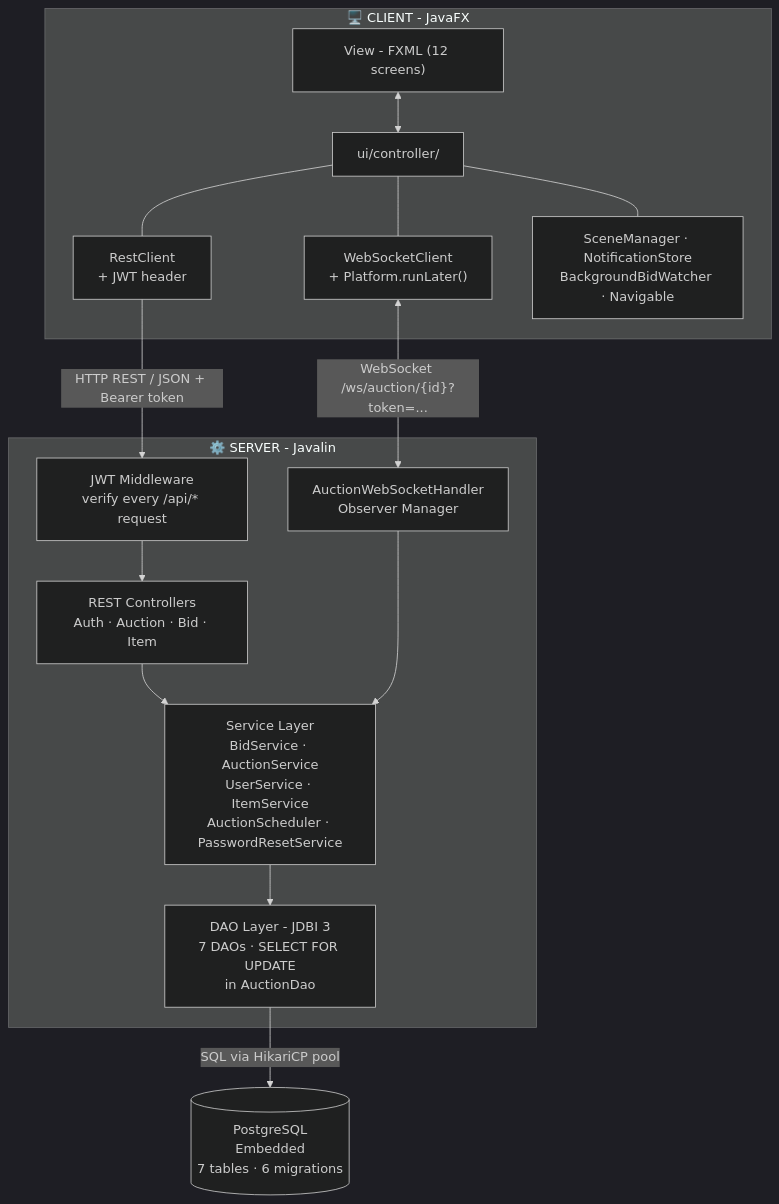
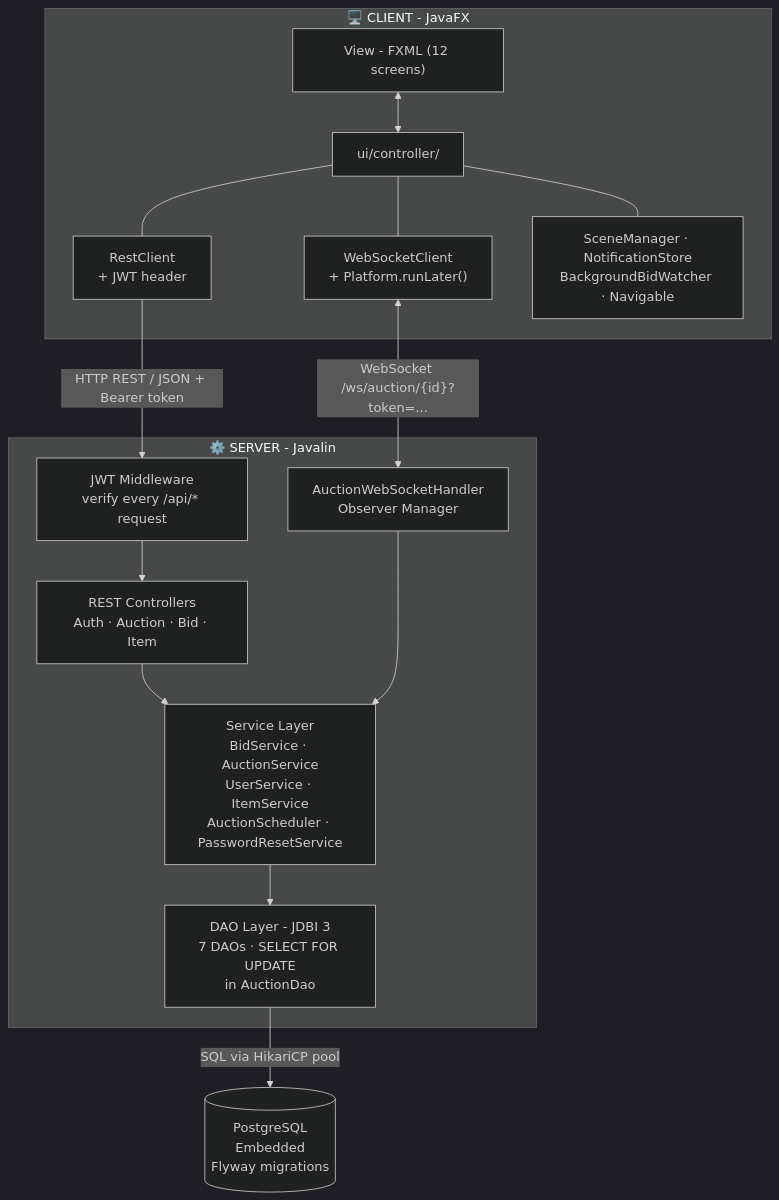
The fifth of 5 diagrams in README.md (kieran-labs/oop-course-project-uet), drawn with Mermaid (dark theme) before and after one commit. The commit also changed other lines of this file, not shown here.

````diff
--- a/README.md
+++ b/README.md
@@ -551,28 +551,28 @@
 ```mermaid
 graph TB
     subgraph CLIENT["🖥️  CLIENT - JavaFX"]
         FXML["View - FXML (12 screens)"]
         CTRL["ui/controller/"]
         RC["RestClient<br/>+ JWT header"]
         WSC["WebSocketClient<br/>+ Platform.runLater()"]
         UTIL["SceneManager · NotificationStore<br/>BackgroundBidWatcher · Navigable"]
         FXML <--> CTRL
         CTRL --- RC
         CTRL --- WSC
         CTRL --- UTIL
     end
     RC -->|"HTTP REST / JSON + Bearer token"| JWT
     WSC <-->|"WebSocket /ws/auction/{id}?token=..."| WSH
     subgraph SERVER["⚙️  SERVER - Javalin"]
         JWT["JWT Middleware<br/>verify every /api/* request"]
         REST["REST Controllers<br/>Auth · Auction · Bid · Item"]
         WSH["AuctionWebSocketHandler<br/>Observer Manager"]
         SVC["Service Layer<br/>BidService · AuctionService<br/>UserService · ItemService<br/>AuctionScheduler · PasswordResetService"]
         DAO["DAO Layer - JDBI 3<br/>7 DAOs · SELECT FOR UPDATE<br/>in AuctionDao"]
         JWT --> REST
         REST --> SVC
         WSH --> SVC
         SVC --> DAO
     end
-    DAO -->|"SQL via HikariCP pool"| DB[("PostgreSQL<br/>Embedded<br/>7 tables · 6 migrations")]
+    DAO -->|"SQL via HikariCP pool"| DB[("PostgreSQL<br/>Embedded<br/>Flyway migrations")]
 ```
````
